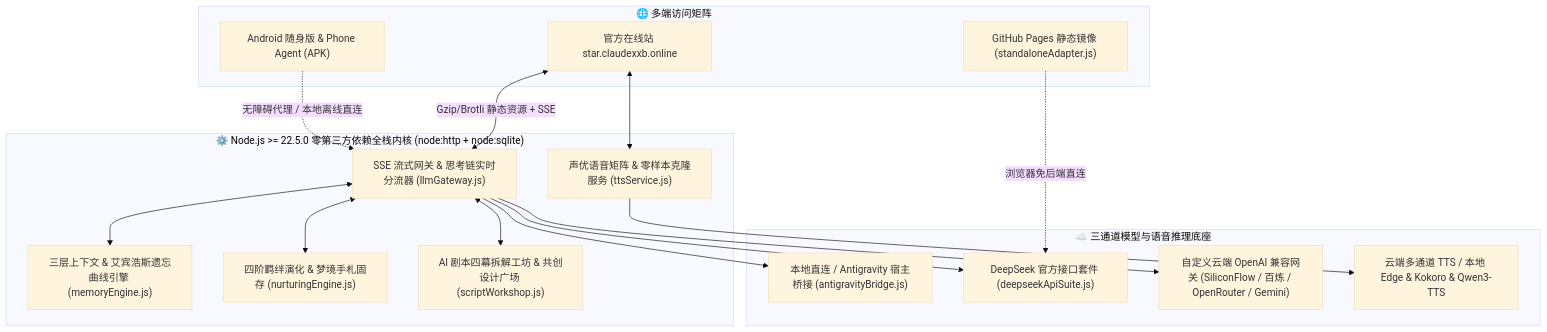
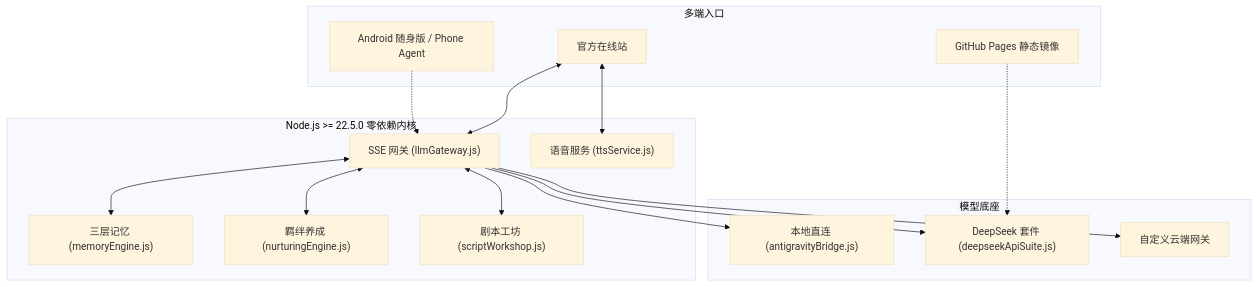
One commit to qts2218346424-cyber/persona-chat-studio changed the diagram in README.md. Above: the diagram before and after it, drawn with Mermaid (base theme). The commit also changed other lines of this file, not shown here.

Commit message:
docs(readme): 全面清理过时截图与旧文案，同步更新至 v2.0.2 真实功能全景

````diff
--- a/README.md
+++ b/README.md
@@ -210,35 +119,30 @@
 ```mermaid
 flowchart TB
-    subgraph Entry["🌐 多端访问矩阵"]
-        CloudWeb["官方在线站 star.claudexxb.online"]
-        StaticDemo["GitHub Pages 静态镜像 (standaloneAdapter.js)"]
-        AndroidApp["Android 随身版 & Phone Agent (APK)"]
+    subgraph Entry["多端入口"]
+        Web["官方在线站"]
+        Static["GitHub Pages 静态镜像"]
+        App["Android 随身版 / Phone Agent"]
     end
-
-    subgraph Core["⚙️ Node.js >= 22.5.0 零第三方依赖全栈内核 (node:http + node:sqlite)"]
-        Gateway["SSE 流式网关 & 思考链实时分流器 (llmGateway.js)"]
-        Memory["三层上下文 & 艾宾浩斯遗忘曲线引擎 (memoryEngine.js)"]
-        Nurture["四阶羁绊演化 & 梦境手札固存 (nurturingEngine.js)"]
-        Workshop["AI 剧本四幕拆解工坊 & 共创设计广场 (scriptWorkshop.js)"]
-        TTS["声优语音矩阵 & 零样本克隆服务 (ttsService.js)"]
+    subgraph Core["Node.js >= 22.5.0 零依赖内核"]
+        Gateway["SSE 网关 (llmGateway.js)"]
+        Memory["三层记忆 (memoryEngine.js)"]
+        Nurture["羁绊养成 (nurturingEngine.js)"]
+        Workshop["剧本工坊 (scriptWorkshop.js)"]
+        TTS["语音服务 (ttsService.js)"]
     end
-
-    subgraph AI["☁️ 三通道模型与语音推理底座"]
-        Bridge["本地直连 / Antigravity 宿主桥接 (antigravityBridge.js)"]
-        DS["DeepSeek 官方接口套件 (deepseekApiSuite.js)"]
-        Custom["自定义云端 OpenAI 兼容网关 (SiliconFlow / 百炼 / OpenRouter / Gemini)"]
-        Voice["云端多通道 TTS / 本地 Edge & Kokoro & Qwen3-TTS"]
+    subgraph AI["模型底座"]
+        Bridge["本地直连 (antigravityBridge.js)"]
+        DS["DeepSeek 套件 (deepseekApiSuite.js)"]
+        Custom["自定义云端网关"]
     end
-
-    CloudWeb <-->|"Gzip/Brotli 静态资源 + SSE"| Gateway
-    StaticDemo -.->|"浏览器免后端直连"| DS
-    AndroidApp -.->|"无障碍代理 / 本地离线直连"| Gateway
+    Web <--> Gateway
+    Static -.-> DS
+    App -.-> Gateway
     Gateway <--> Memory
     Gateway <--> Nurture
     Gateway <--> Workshop
-    CloudWeb <--> TTS
+    Web <--> TTS
     Gateway --> Bridge
     Gateway --> DS
     Gateway --> Custom
-    TTS --> Voice
 ```
````
